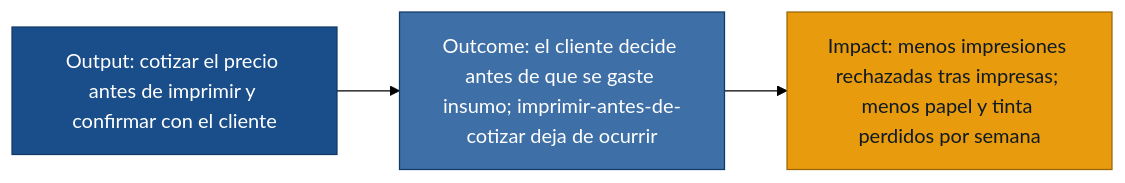
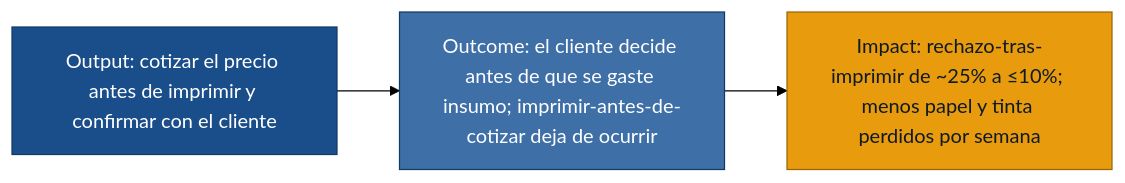
The first of 5 diagrams in discoveries/bazarpapeleria/outputs/hypotheses.md (KituNaranjo/discovery-agent), drawn with Mermaid (forest theme) before and after one commit. The commit also changed other lines of this file and 8 other files, not shown here.

````diff
--- a/discoveries/bazarpapeleria/outputs/hypotheses.md
+++ b/discoveries/bazarpapeleria/outputs/hypotheses.md
@@ -25,7 +25,7 @@
 ```mermaid
 flowchart LR
   classDef out fill:#1A4E8A,color:#fff,stroke:#123A68;
   classDef oc fill:#3E6FA6,color:#fff,stroke:#123A68;
   classDef im fill:#E89B0C,color:#0E1A26,stroke:#9A6605;
-  O[Output: cotizar el precio antes de imprimir y confirmar con el cliente]:::out --> C[Outcome: el cliente decide antes de que se gaste insumo; imprimir-antes-de-cotizar deja de ocurrir]:::oc --> I[Impact: menos impresiones rechazadas tras impresas; menos papel y tinta perdidos por semana]:::im
+  O[Output: cotizar el precio antes de imprimir y confirmar con el cliente]:::out --> C[Outcome: el cliente decide antes de que se gaste insumo; imprimir-antes-de-cotizar deja de ocurrir]:::oc --> I[Impact: rechazo-tras-imprimir de ~25% a ≤10%; menos papel y tinta perdidos por semana]:::im
 ```
````
